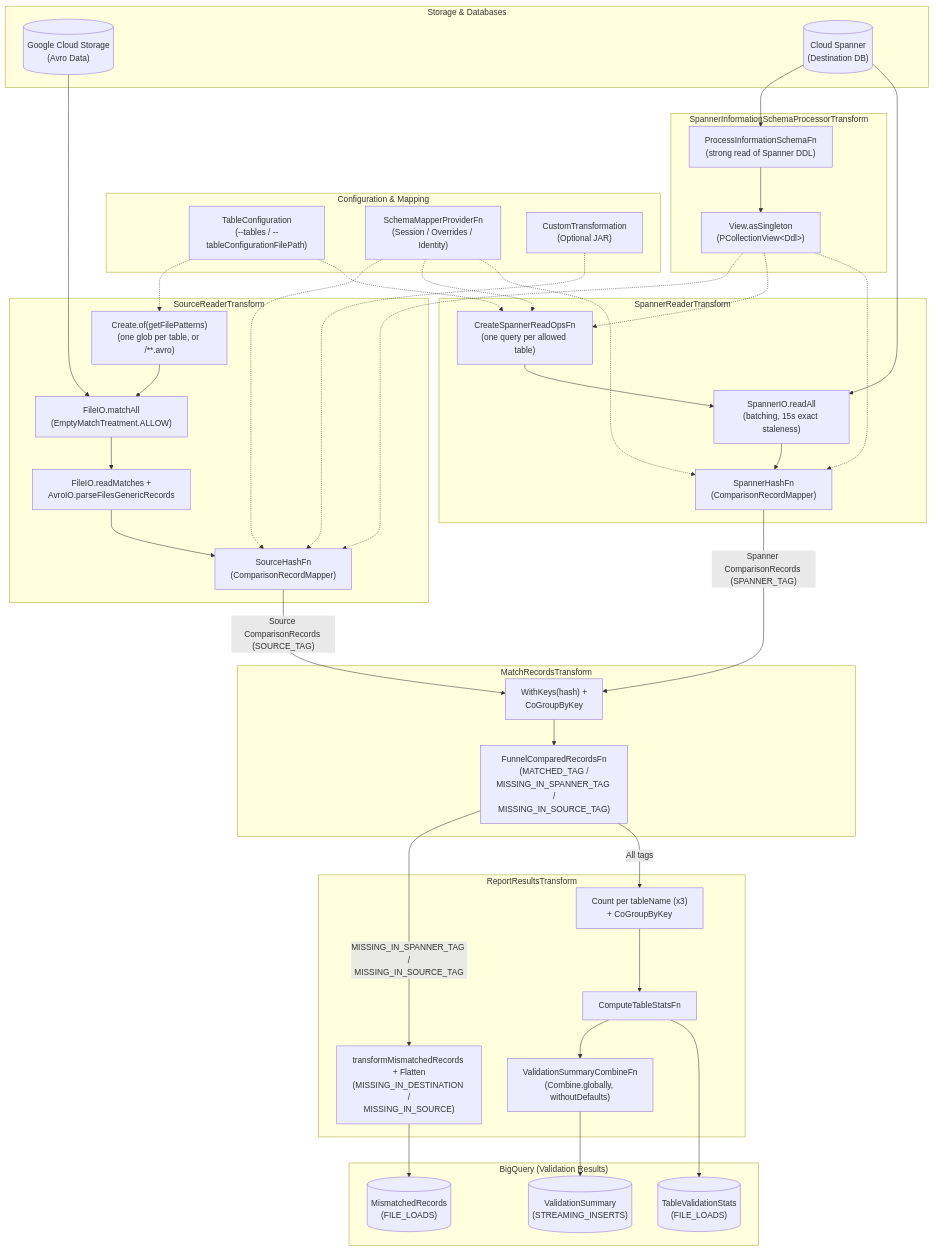
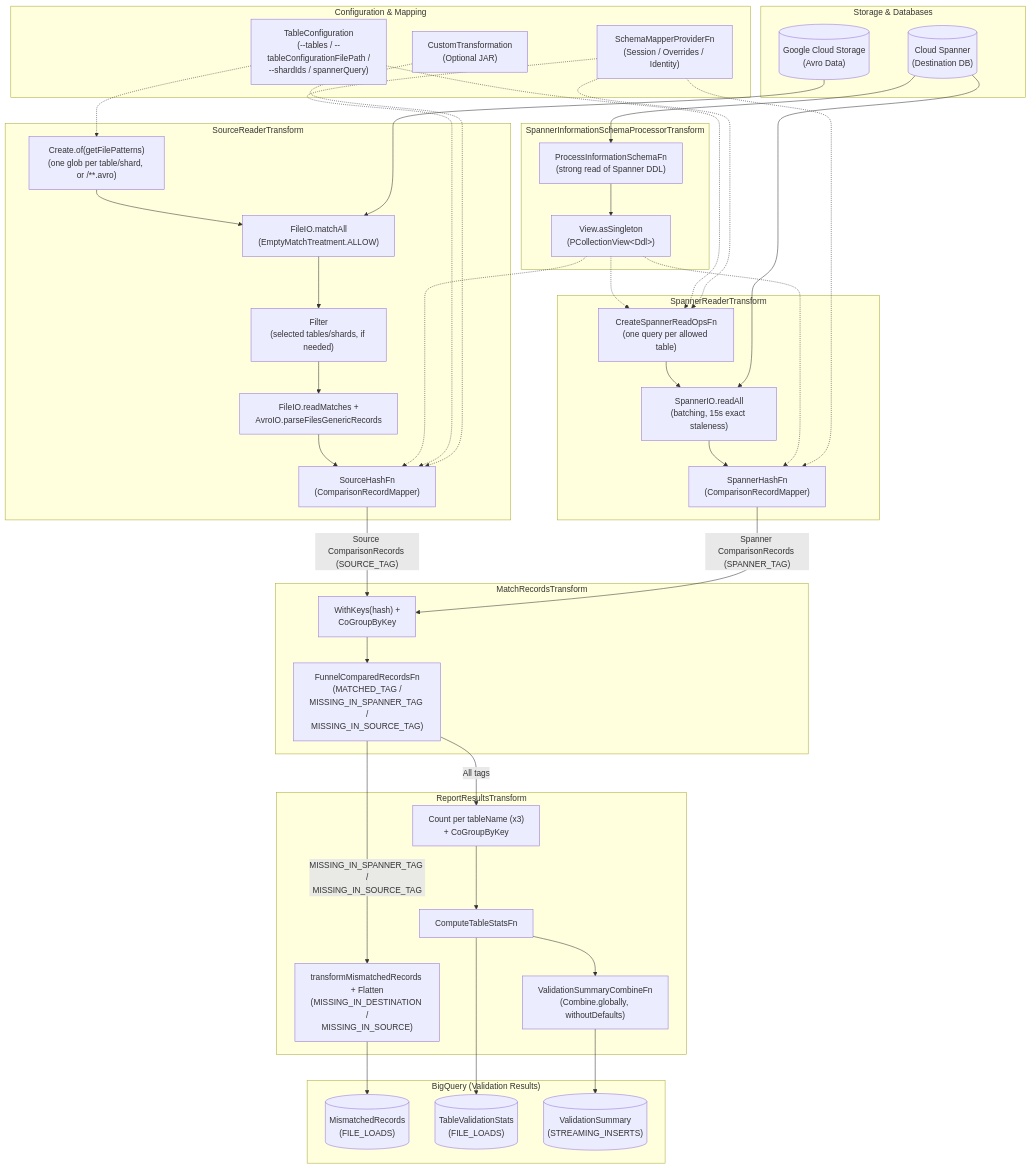
The diagram in v2/gcs-spanner-dv/AGENTS.md (GoogleCloudPlatform/DataflowTemplates), drawn with Mermaid before and after one commit. The commit also changed other lines of this file and 4 other files, not shown here.

````diff
--- a/v2/gcs-spanner-dv/AGENTS.md
+++ b/v2/gcs-spanner-dv/AGENTS.md
@@ -56,78 +57,79 @@
 ```mermaid
 flowchart TD
     subgraph Storage ["Storage & Databases"]
         GCS[("Google Cloud Storage<br/>(Avro Data)")]
         Spanner[("Cloud Spanner<br/>(Destination DB)")]
     end
 
     subgraph Config ["Configuration & Mapping"]
-        TableConfig["TableConfiguration<br/>(--tables / --tableConfigurationFilePath)"]
+        TableConfig["TableConfiguration<br/>(--tables / --tableConfigurationFilePath /<br/>--shardIds / spannerQuery)"]
         SchemaMapper["SchemaMapperProviderFn<br/>(Session / Overrides / Identity)"]
         CustomTransform["CustomTransformation<br/>(Optional JAR)"]
     end
 
     subgraph InfoSchema ["SpannerInformationSchemaProcessorTransform"]
         ProcessInfoSchema["ProcessInformationSchemaFn<br/>(strong read of Spanner DDL)"]
         DdlView["View.asSingleton<br/>(PCollectionView&lt;Ddl&gt;)"]
         ProcessInfoSchema --> DdlView
     end
 
     subgraph SourceReader ["SourceReaderTransform"]
-        FilePatterns["Create.of(getFilePatterns)<br/>(one glob per table, or /**.avro)"]
+        FilePatterns["Create.of(getFilePatterns)<br/>(one glob per table/shard, or /**.avro)"]
         MatchFiles["FileIO.matchAll<br/>(EmptyMatchTreatment.ALLOW)"]
+        KeepFiles["Filter<br/>(selected tables/shards, if needed)"]
         ReadFiles["FileIO.readMatches +<br/>AvroIO.parseFilesGenericRecords"]
         SourceHash["SourceHashFn<br/>(ComparisonRecordMapper)"]
-        FilePatterns --> MatchFiles --> ReadFiles --> SourceHash
+        FilePatterns --> MatchFiles --> KeepFiles --> ReadFiles --> SourceHash
     end
 
     subgraph SpannerReader ["SpannerReaderTransform"]
         CreateReadOps["CreateSpannerReadOpsFn<br/>(one query per allowed table)"]
         BatchSpannerRead["SpannerIO.readAll<br/>(batching, 15s exact staleness)"]
         SpannerHash["SpannerHashFn<br/>(ComparisonRecordMapper)"]
         CreateReadOps --> BatchSpannerRead --> SpannerHash
     end
 
     subgraph MatchRecords ["MatchRecordsTransform"]
         CoGroup["WithKeys(hash) +<br/>CoGroupByKey"]
         Funnel["FunnelComparedRecordsFn<br/>(MATCHED_TAG /<br/>MISSING_IN_SPANNER_TAG /<br/>MISSING_IN_SOURCE_TAG)"]
         CoGroup --> Funnel
     end
 
     subgraph ReportResults ["ReportResultsTransform"]
         FormatMismatches["transformMismatchedRecords + Flatten<br/>(MISSING_IN_DESTINATION /<br/>MISSING_IN_SOURCE)"]
         CountPerTable["Count per tableName (x3)<br/>+ CoGroupByKey"]
         ComputeStats["ComputeTableStatsFn"]
         CombineSummary["ValidationSummaryCombineFn<br/>(Combine.globally, withoutDefaults)"]
         CountPerTable --> ComputeStats --> CombineSummary
     end
 
     subgraph BigQuery ["BigQuery (Validation Results)"]
         BQMismatches[("MismatchedRecords<br/>(FILE_LOADS)")]
         BQTableStats[("TableValidationStats<br/>(FILE_LOADS)")]
         BQSummary[("ValidationSummary<br/>(STREAMING_INSERTS)")]
     end
 
     Spanner --> ProcessInfoSchema
     DdlView -.-> SourceHash
     DdlView -.-> CreateReadOps
     DdlView -.-> SpannerHash
 
     TableConfig -.-> FilePatterns
     TableConfig -.-> CreateReadOps
     SchemaMapper -.-> SourceHash
     SchemaMapper -.-> CreateReadOps
     SchemaMapper -.-> SpannerHash
     CustomTransform -.-> SourceHash
 
     GCS --> MatchFiles
     Spanner --> BatchSpannerRead
     SourceHash -->|"Source ComparisonRecords (SOURCE_TAG)"| CoGroup
     SpannerHash -->|"Spanner ComparisonRecords (SPANNER_TAG)"| CoGroup
 
     Funnel -->|"MISSING_IN_SPANNER_TAG /<br/>MISSING_IN_SOURCE_TAG"| FormatMismatches
     Funnel -->|"All tags"| CountPerTable
 
     FormatMismatches --> BQMismatches
     ComputeStats --> BQTableStats
     CombineSummary --> BQSummary
 ```
````
